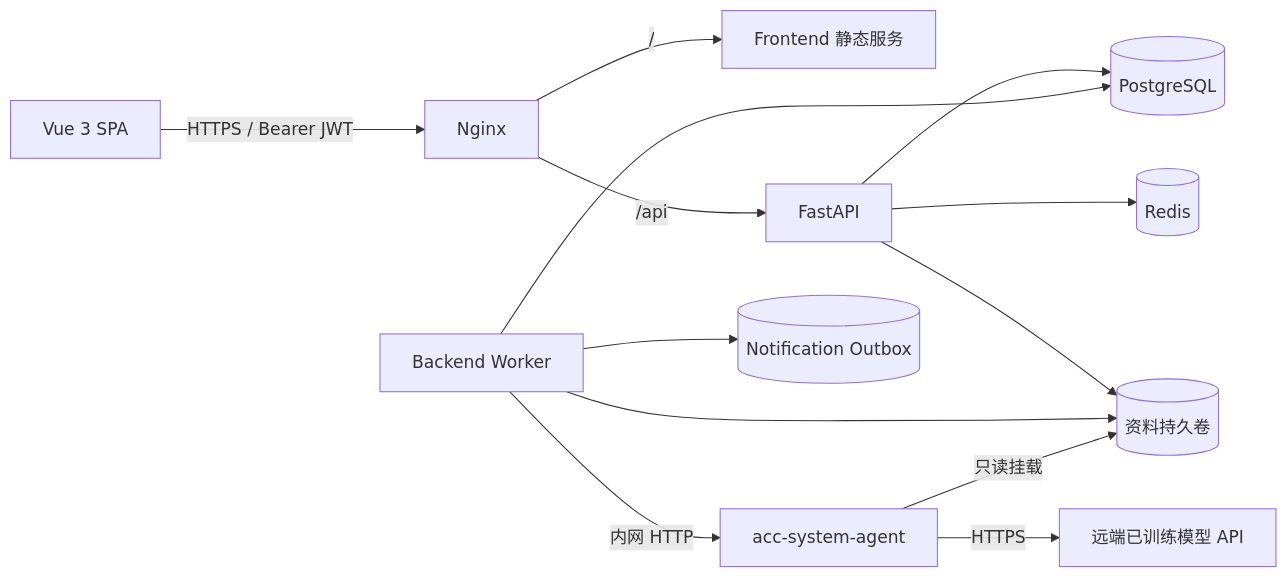
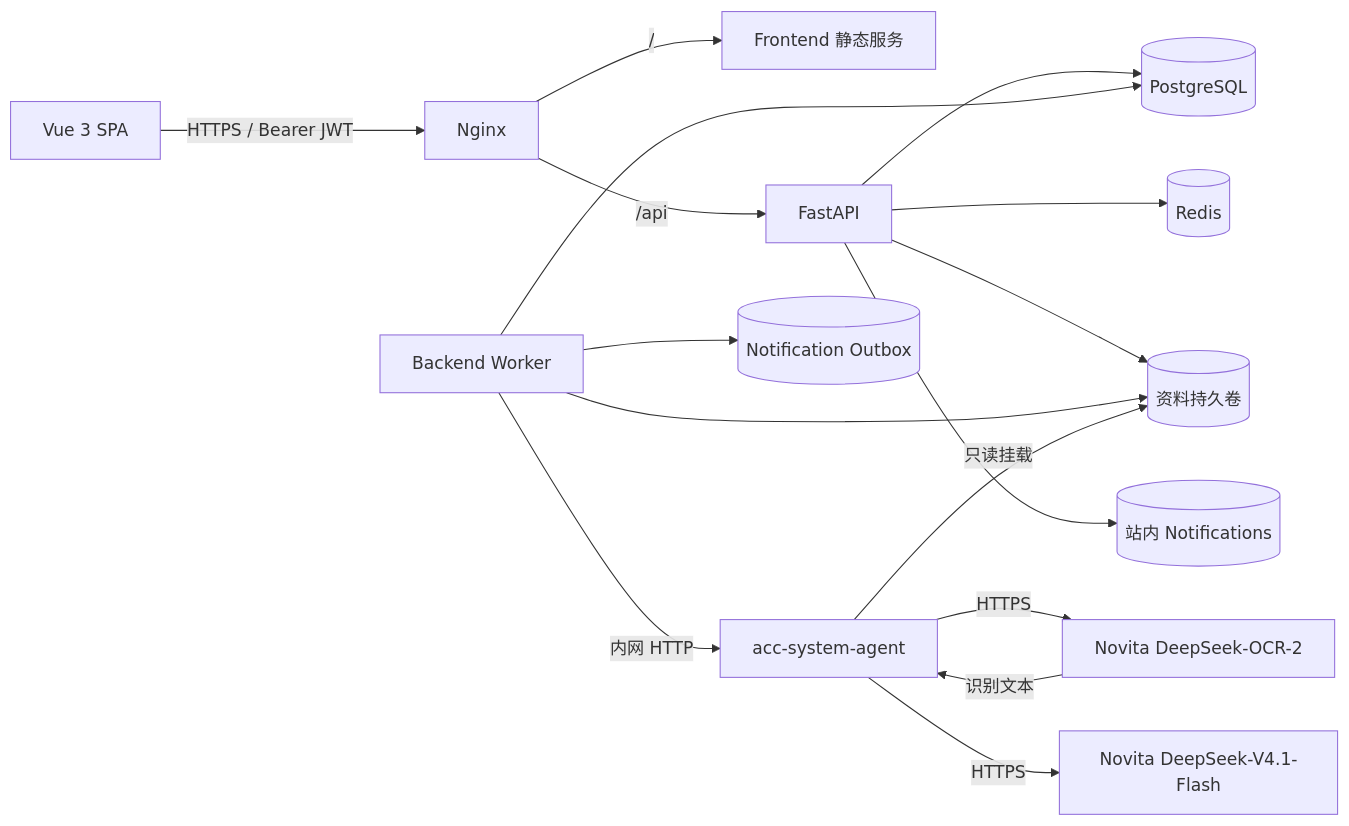
The first of 2 diagrams in README_系统架构设计.md (multi-mind-nus/acc-system-docs), drawn with Mermaid before and after one commit. The commit also changed other lines of this file and 5 other files, not shown here.

Commit message:
docs: add Folio architecture diagrams and refresh design documentation

````diff
--- a/README_系统架构设计.md
+++ b/README_系统架构设计.md
@@ -32,15 +36,18 @@
 ```mermaid
 flowchart LR
     Browser[Vue 3 SPA] -->|HTTPS / Bearer JWT| Nginx[Nginx]
     Nginx -->|/| Frontend[Frontend 静态服务]
     Nginx -->|/api| API[FastAPI]
     API --> PG[(PostgreSQL)]
     API --> Redis[(Redis)]
     API --> Files[(资料持久卷)]
     Worker[Backend Worker] --> PG
     Worker --> Files
     Worker -->|内网 HTTP| Agent[acc-system-agent]
     Agent -->|只读挂载| Files
-    Agent -->|HTTPS| Model[远端已训练模型 API]
+    Agent -->|HTTPS| OCR[Novita DeepSeek-OCR-2]
+    OCR -->|识别文本| Agent
+    Agent -->|HTTPS| Flash[Novita DeepSeek-V4.1-Flash]
     Worker --> Outbox[(Notification Outbox)]
+    API --> Notification[(站内 Notifications)]
 ```
````
